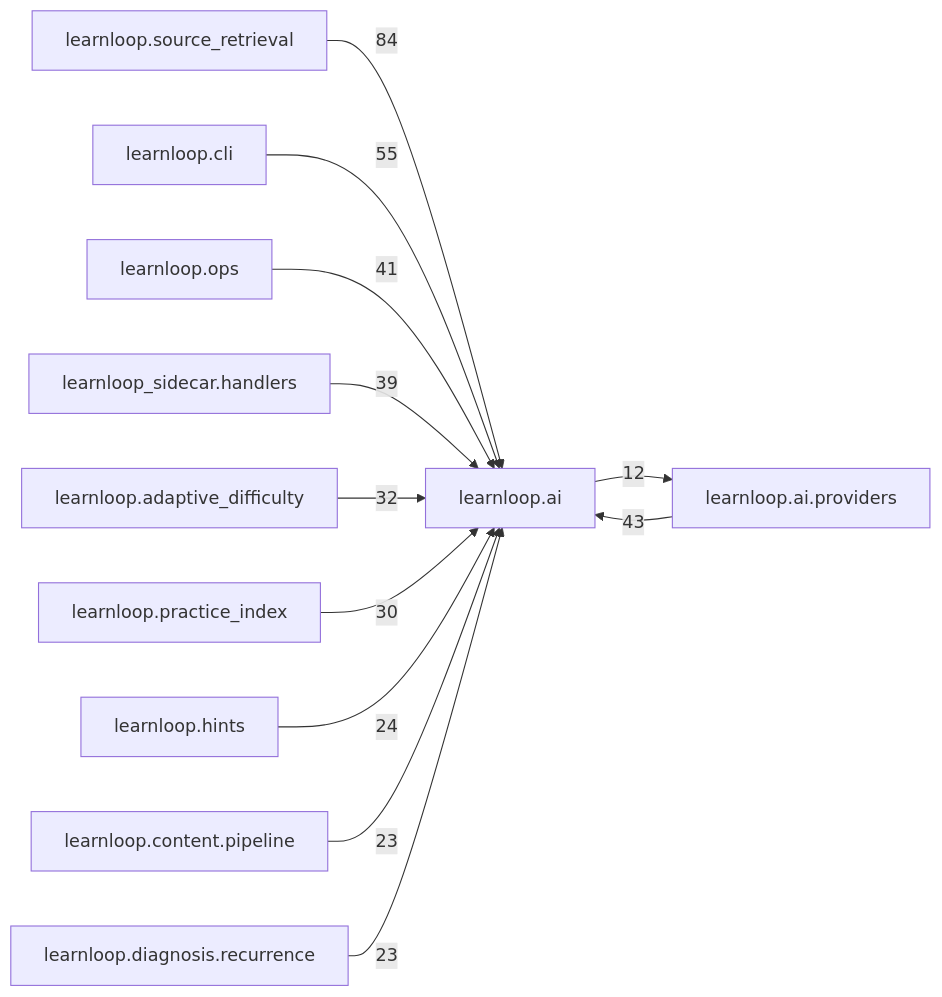
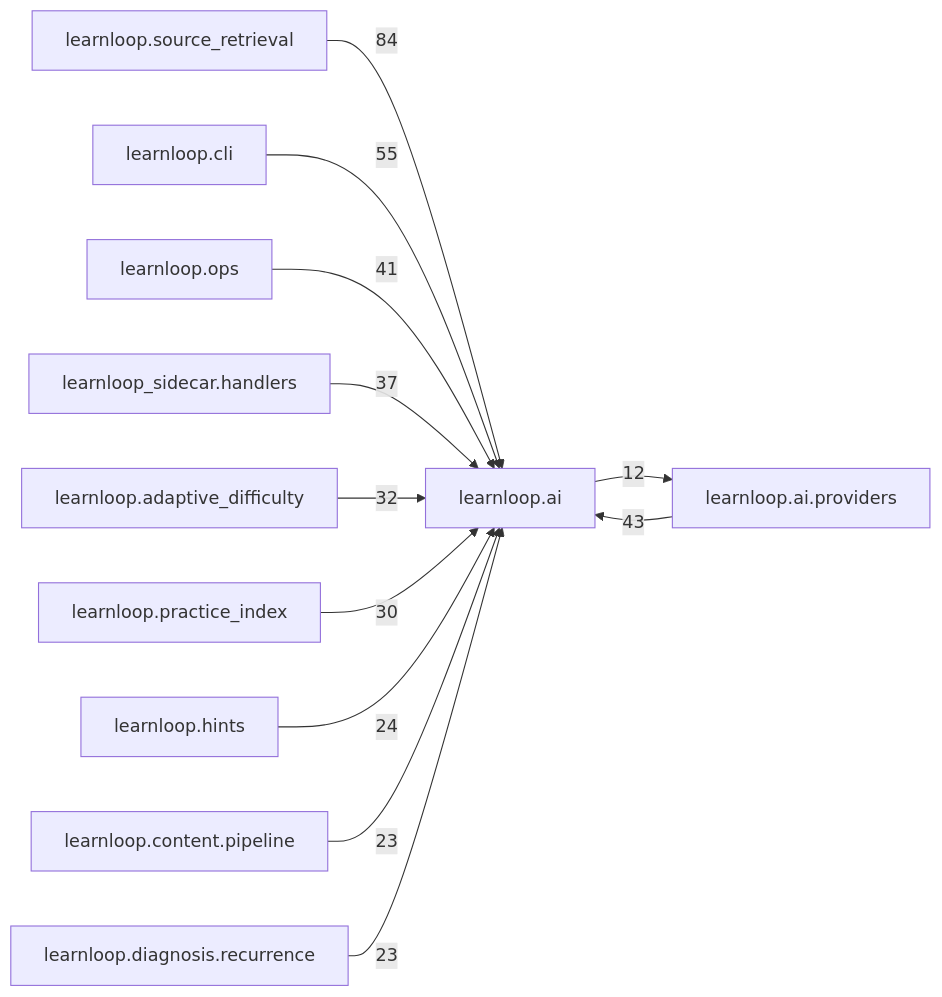
One commit to 6up-b/learnanything changed the diagram in docs/learnloop-architecture-vault/Reference/Modules/learnloop/ai/_package.md. Above: the diagram before and after it, drawn with Mermaid. The commit also changed other lines of this file and 122 other files, not shown here.

````diff
--- a/docs/learnloop-architecture-vault/Reference/Modules/learnloop/ai/_package.md
+++ b/docs/learnloop-architecture-vault/Reference/Modules/learnloop/ai/_package.md
@@ -161,25 +161,25 @@
 ```mermaid
 flowchart LR
     center["learnloop.ai"]
     n_learnloop_source_retrieval["learnloop.source_retrieval"]
     n_learnloop_ai_providers["learnloop.ai.providers"]
     n_learnloop_cli["learnloop.cli"]
     n_learnloop_ops["learnloop.ops"]
     n_learnloop_sidecar_handlers["learnloop_sidecar.handlers"]
     n_learnloop_adaptive_difficulty["learnloop.adaptive_difficulty"]
     n_learnloop_practice_index["learnloop.practice_index"]
     n_learnloop_hints["learnloop.hints"]
     n_learnloop_content_pipeline["learnloop.content.pipeline"]
     n_learnloop_diagnosis_recurrence["learnloop.diagnosis.recurrence"]
     n_learnloop_source_retrieval -->|84| center
     n_learnloop_ai_providers -->|43| center
     center -->|12| n_learnloop_ai_providers
     n_learnloop_cli -->|55| center
     n_learnloop_ops -->|41| center
-    n_learnloop_sidecar_handlers -->|39| center
+    n_learnloop_sidecar_handlers -->|37| center
     n_learnloop_adaptive_difficulty -->|32| center
     n_learnloop_practice_index -->|30| center
     n_learnloop_hints -->|24| center
     n_learnloop_content_pipeline -->|23| center
     n_learnloop_diagnosis_recurrence -->|23| center
 ```
````
